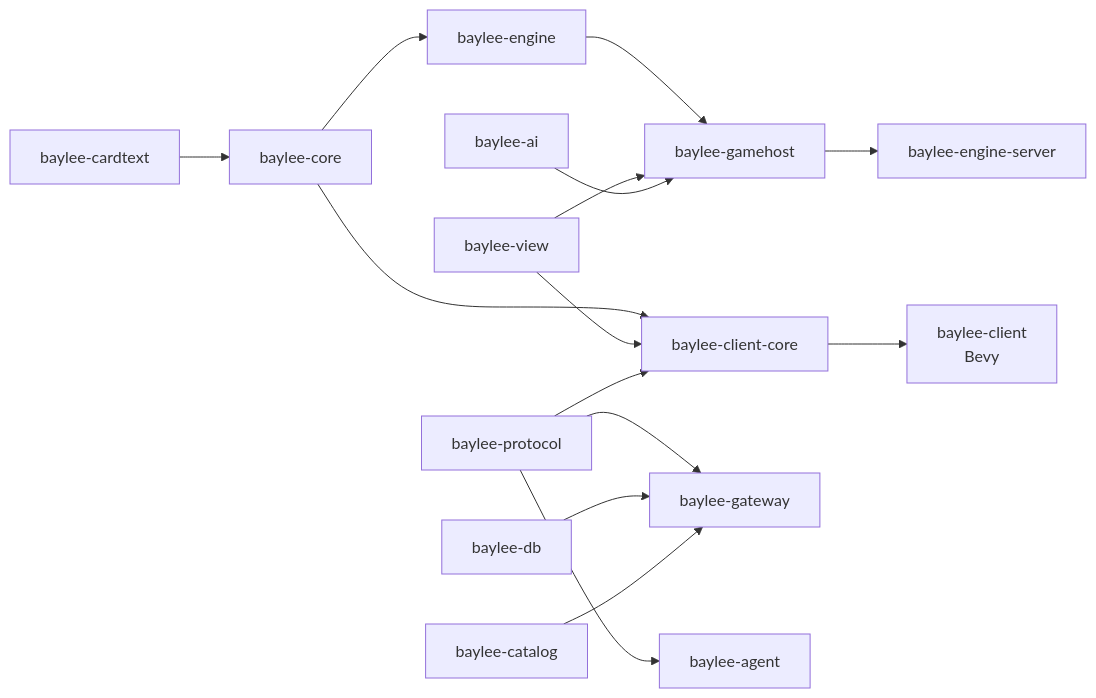
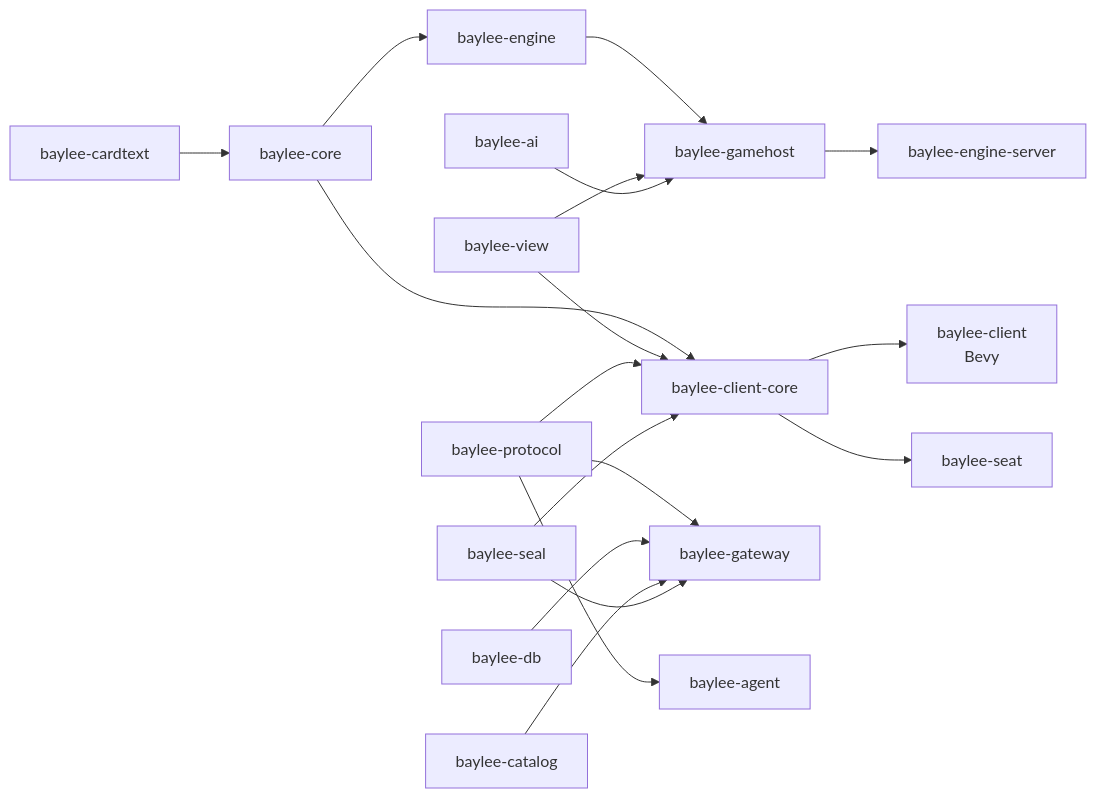
The diagram in README.de.md (AceVik/baylee), drawn with Mermaid before and after one commit. The commit also changed other lines of this file and 1 other file, not shown here.

````diff
--- a/README.de.md
+++ b/README.de.md
@@ -589,17 +844,20 @@
 ```mermaid
 flowchart LR
   cardtext[baylee-cardtext] --> core[baylee-core]
   core --> engine[baylee-engine]
   engine --> gamehost[baylee-gamehost]
   view[baylee-view] --> gamehost
   ai[baylee-ai] --> gamehost
   gamehost --> engineserver[baylee-engine-server]
   core --> clientcore[baylee-client-core]
   view --> clientcore
   protocol[baylee-protocol] --> clientcore
+  seal[baylee-seal] --> clientcore
   clientcore --> client[baylee-client<br/>Bevy]
+  clientcore --> seat[baylee-seat]
   protocol --> gateway[baylee-gateway]
   protocol --> agent[baylee-agent]
   db[baylee-db] --> gateway
   catalog[baylee-catalog] --> gateway
+  seal --> gateway
 ```
````
